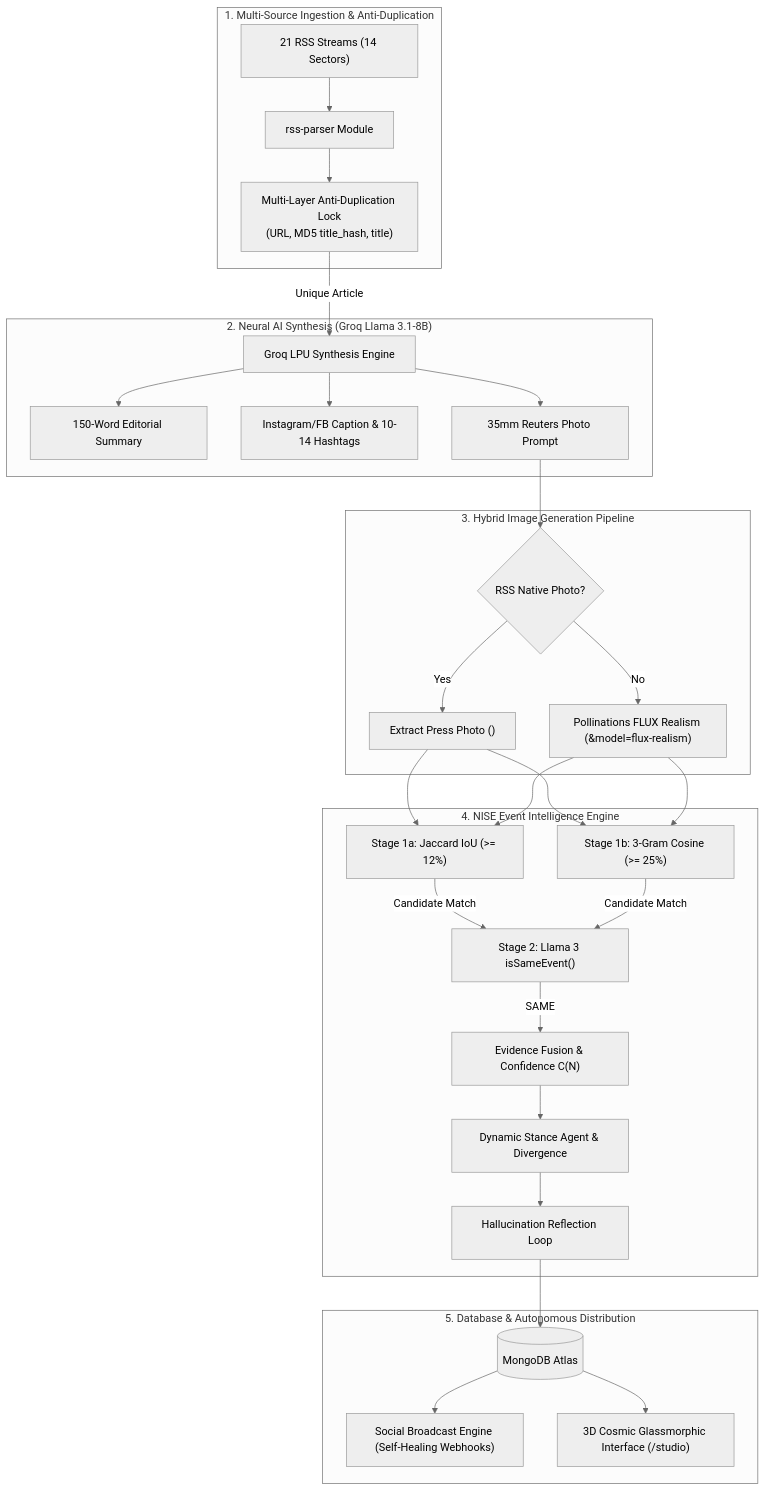
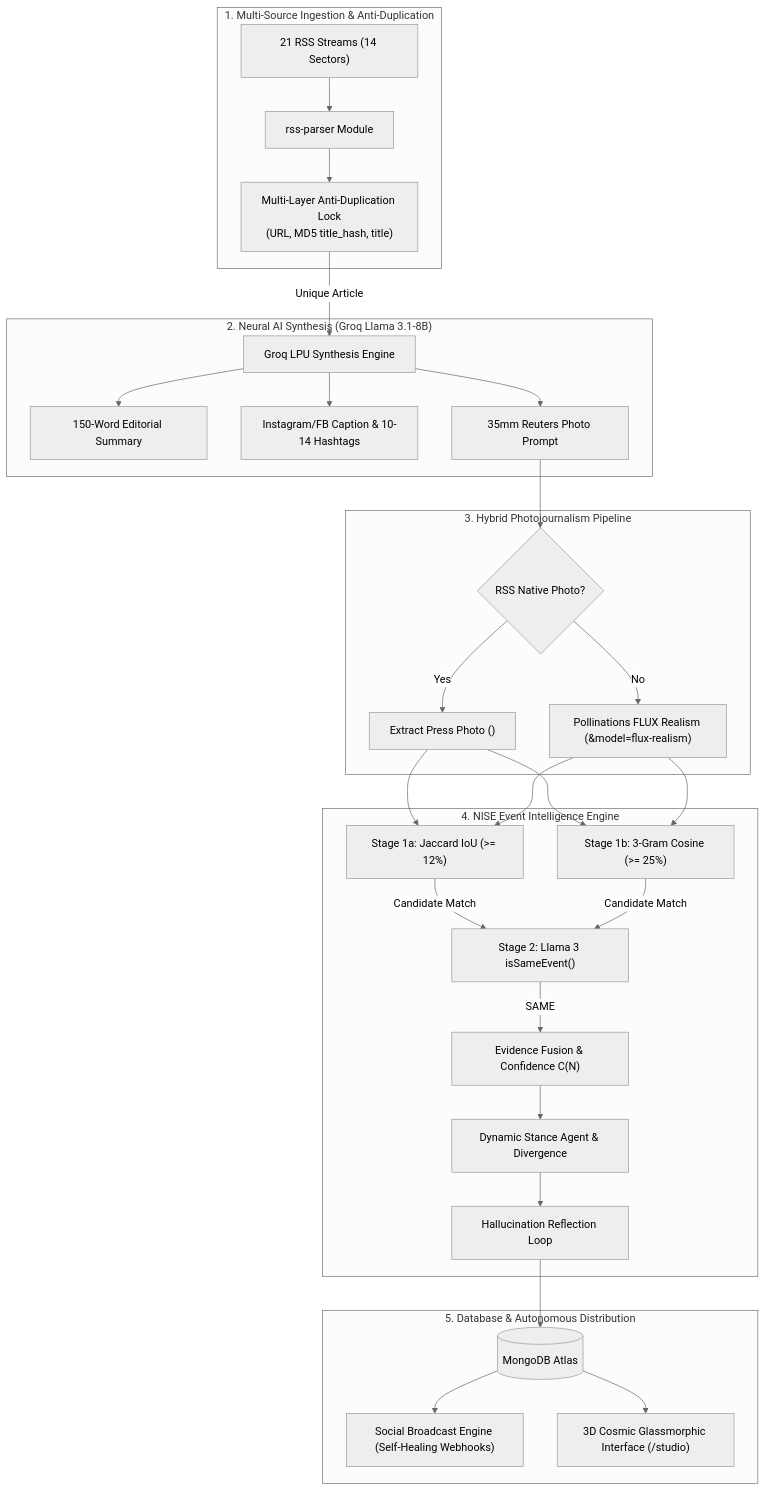
One commit to Jayadasan777/NEWS-AI-AGGREGATOR changed the diagram in docs/IEEE_RESEARCH_PAPER_14PAGES.md. Above: the diagram before and after it, drawn with Mermaid (neutral theme). The commit also changed other lines of this file, not shown here.

````diff
--- a/docs/IEEE_RESEARCH_PAPER_14PAGES.md
+++ b/docs/IEEE_RESEARCH_PAPER_14PAGES.md
@@ -108,35 +109,35 @@
 ```mermaid
 graph TD
     subgraph Layer1["1. Multi-Source Ingestion & Anti-Duplication"]
         RSS["21 RSS Streams (14 Sectors)"] --> Parser["rss-parser Module"]
         Parser --> Dedup["Multi-Layer Anti-Duplication Lock<br/>(URL, MD5 title_hash, title)"]
     end
 
     subgraph Layer2["2. Neural AI Synthesis (Groq Llama 3.1-8B)"]
         Dedup -->|Unique Article| Groq["Groq LPU Synthesis Engine"]
         Groq --> Summary["150-Word Editorial Summary"]
         Groq --> SocialMeta["Instagram/FB Caption & 10-14 Hashtags"]
         Groq --> ImgPrompt["35mm Reuters Photo Prompt"]
     end
 
-    subgraph Layer3["3. Hybrid Image Generation Pipeline"]
+    subgraph Layer3["3. Hybrid Photojournalism Pipeline"]
         ImgPrompt --> RSSImg{"RSS Native Photo?"}
         RSSImg -->|Yes| RealPhoto["Extract Press Photo (<enclosure>)"]
         RSSImg -->|No| Pollinations["Pollinations FLUX Realism (&model=flux-realism)"]
     end
 
     subgraph Layer4["4. NISE Event Intelligence Engine"]
         RealPhoto & Pollinations --> Stage1a["Stage 1a: Jaccard IoU (>= 12%)"]
         RealPhoto & Pollinations --> Stage1b["Stage 1b: 3-Gram Cosine (>= 25%)"]
         Stage1a & Stage1b -->|Candidate Match| Stage2["Stage 2: Llama 3 isSameEvent()"]
         Stage2 -->|SAME| Fusion["Evidence Fusion & Confidence C(N)"]
         Fusion --> Stance["Dynamic Stance Agent & Divergence"]
         Stance --> Guard["Hallucination Reflection Loop"]
     end
 
     subgraph Layer5["5. Database & Autonomous Distribution"]
         Guard --> Mongo[("MongoDB Atlas")]
         Mongo --> Webhook["Social Broadcast Engine (Self-Healing Webhooks)"]
         Mongo --> UI["3D Cosmic Glassmorphic Interface (/studio)"]
     end
 ```
````
